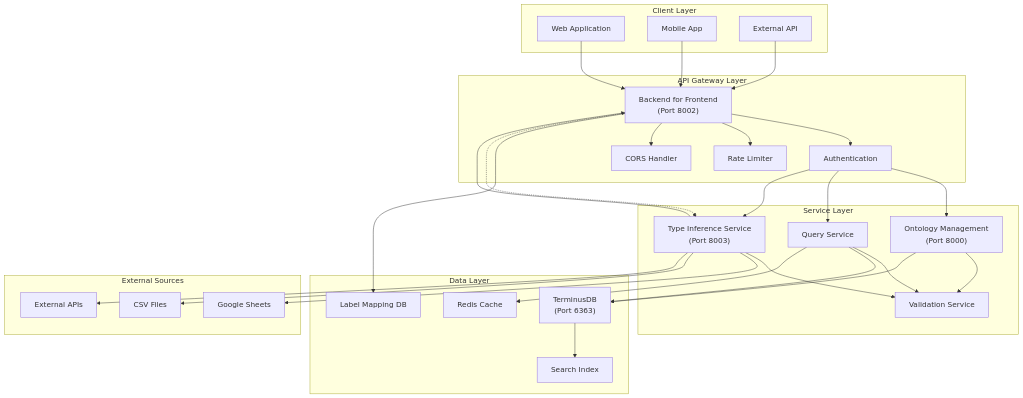
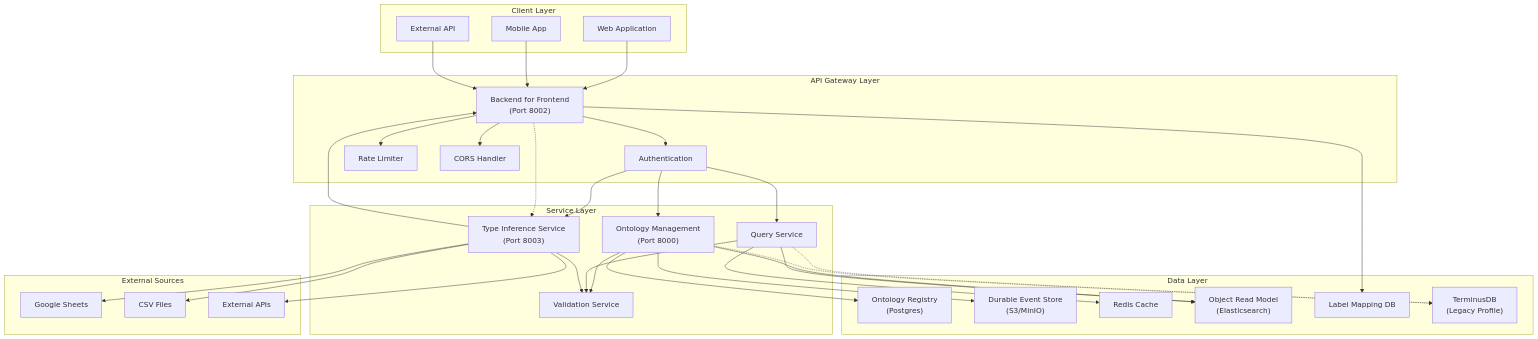
One commit to ludia8888/SPICE-Harvester changed the diagram in docs/architecture/data_flow.mmd. Above: the diagram before and after it, drawn with Mermaid. The commit also changed 216 other files, not shown here.

Commit message:
refactor: align ontology layer to Foundry v2 and remove legacy paths

```diff
--- a/docs/architecture/data_flow.mmd
+++ b/docs/architecture/data_flow.mmd
@@ -1,68 +1,73 @@
 graph TB
     %% Data Flow Architecture
-    %% Last Updated: 2025-07-20
+    %% Last Updated: 2026-02-15
     
     subgraph "Client Layer"
         Web[Web Application]
         Mobile[Mobile App]
         API[External API]
     end
     
     subgraph "API Gateway Layer"
         BFF["Backend for Frontend<br/>(Port 8002)"]
         Auth[Authentication]
         RateLimit[Rate Limiter]
         CORS[CORS Handler]
     end
     
     subgraph "Service Layer"
         OMS["Ontology Management<br/>(Port 8000)"]
         Query[Query Service]
         Validator[Validation Service]
         Funnel["Type Inference Service<br/>(Port 8003)"]
     end
     
     subgraph "Data Layer"
-        Terminus["TerminusDB<br/>(Port 6363)"]
+        Registry["Ontology Registry<br/>(Postgres)"]
+        EventStore["Durable Event Store<br/>(S3/MinIO)"]
         Cache[Redis Cache]
-        Search[Search Index]
+        Search["Object Read Model<br/>(Elasticsearch)"]
         LabelDB[Label Mapping DB]
+        LegacyTerminus["TerminusDB<br/>(Legacy Profile)"]
     end
     
     subgraph "External Sources"
         GoogleSheets[Google Sheets]
         CSV[CSV Files]
         ExtAPI[External APIs]
     end
     
     %% Connections
     Web --> BFF
     Mobile --> BFF
     API --> BFF
     
     BFF --> Auth
     BFF --> RateLimit
     BFF --> CORS
     
     Auth --> OMS
     Auth --> Query
     Auth --> Funnel
     
     OMS --> Validator
     Query --> Validator
     Funnel --> Validator
     
-    OMS --> Terminus
-    Query --> Terminus
+    OMS --> Registry
+    OMS --> EventStore
+    OMS --> Search
+    Query --> Search
     Query --> Cache
     BFF --> LabelDB
     
     Funnel --> GoogleSheets
     Funnel --> CSV
     Funnel --> ExtAPI
     
-    Terminus --> Search
+    Query -.-> LegacyTerminus
+    OMS -.-> LegacyTerminus
     
     %% Type Inference Flow
     BFF -.-> Funnel
     Funnel --> BFF
```
